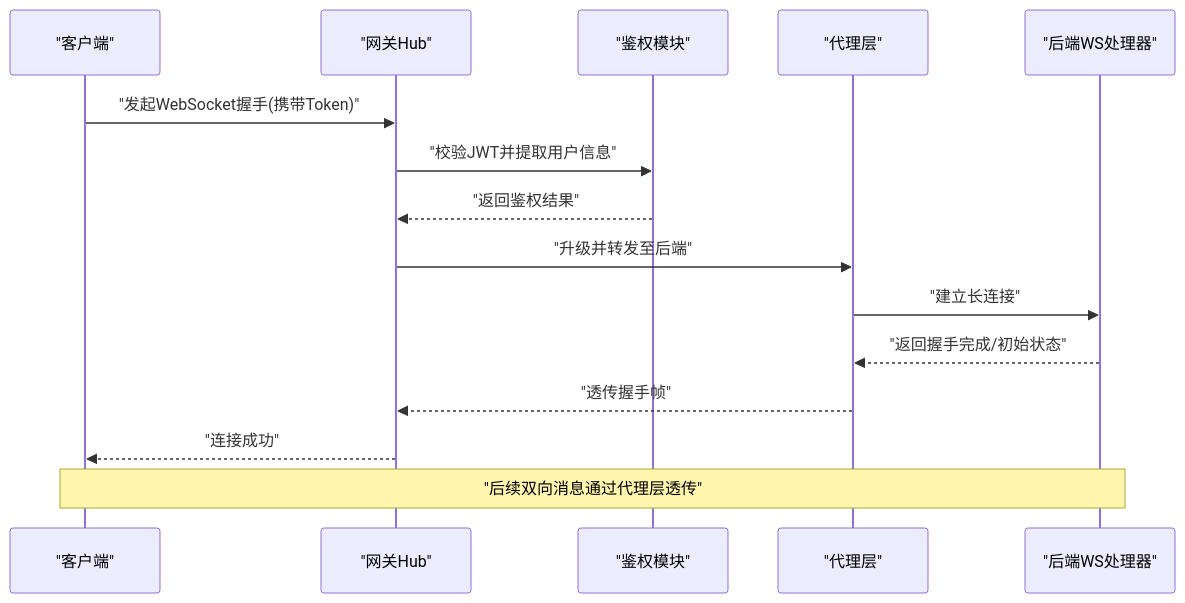
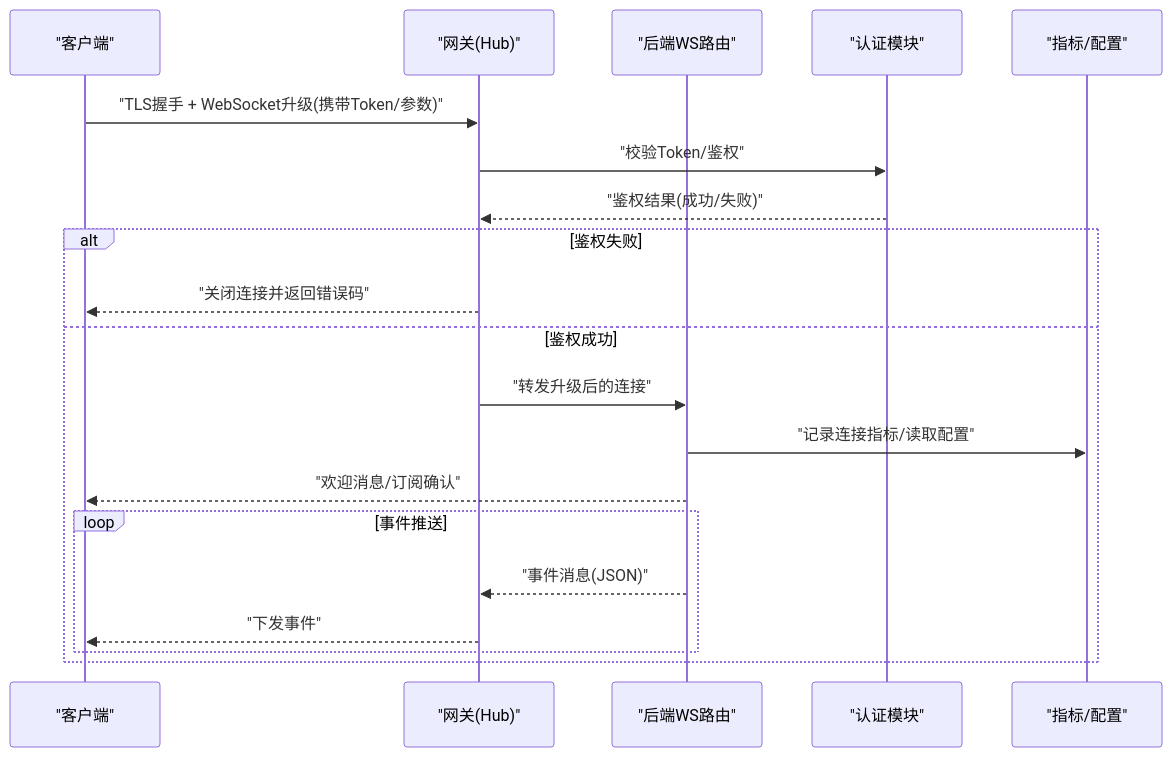
The second of 6 diagrams in .qoder/repowiki/zh/content/API接口文档/WebSocket实时通信接口.md (zmdhdu/NexusCockpit), drawn with Mermaid before and after one commit. The commit also changed other lines of this file and 478 other files, not shown here.

````diff
--- a/.qoder/repowiki/zh/content/API接口文档/WebSocket实时通信接口.md
+++ b/.qoder/repowiki/zh/content/API接口文档/WebSocket实时通信接口.md
@@ -86,17 +93,22 @@
 ```mermaid
 sequenceDiagram
 participant C as "客户端"
-participant G as "网关Hub"
-participant A as "鉴权模块"
-participant P as "代理层"
-participant B as "后端WS处理器"
-C->>G : "发起WebSocket握手(携带Token)"
-G->>A : "校验JWT并提取用户信息"
-A-->>G : "返回鉴权结果"
-G->>P : "升级并转发至后端"
-P->>B : "建立长连接"
-B-->>P : "返回握手完成/初始状态"
-P-->>G : "透传握手帧"
-G-->>C : "连接成功"
-Note over C,B : "后续双向消息通过代理层透传"
+participant G as "网关(Hub)"
+participant A as "后端WS路由"
+participant U as "认证模块"
+participant M as "指标/配置"
+C->>G : "TLS握手 + WebSocket升级(携带Token/参数)"
+G->>U : "校验Token/鉴权"
+U-->>G : "鉴权结果(成功/失败)"
+alt 鉴权失败
+G-->>C : "关闭连接并返回错误码"
+else 鉴权成功
+G->>A : "转发升级后的连接"
+A->>M : "记录连接指标/读取配置"
+A-->>C : "欢迎消息/订阅确认"
+loop 事件推送
+A-->>G : "事件消息(JSON)"
+G-->>C : "下发事件"
+end
+end
 ```
````
